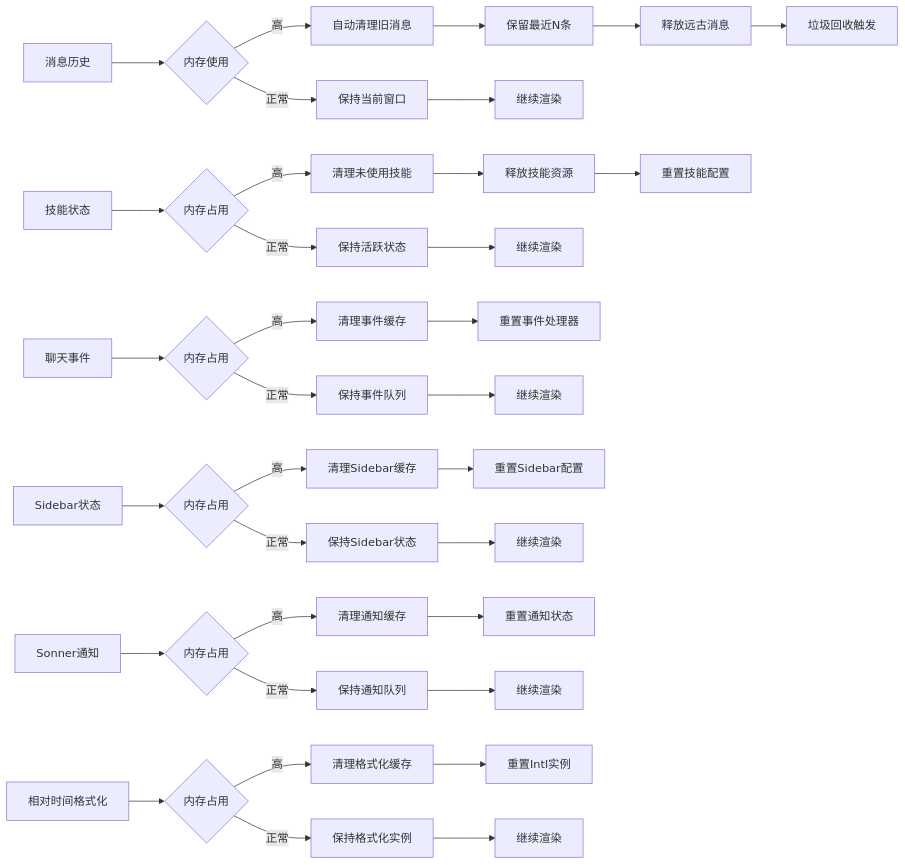
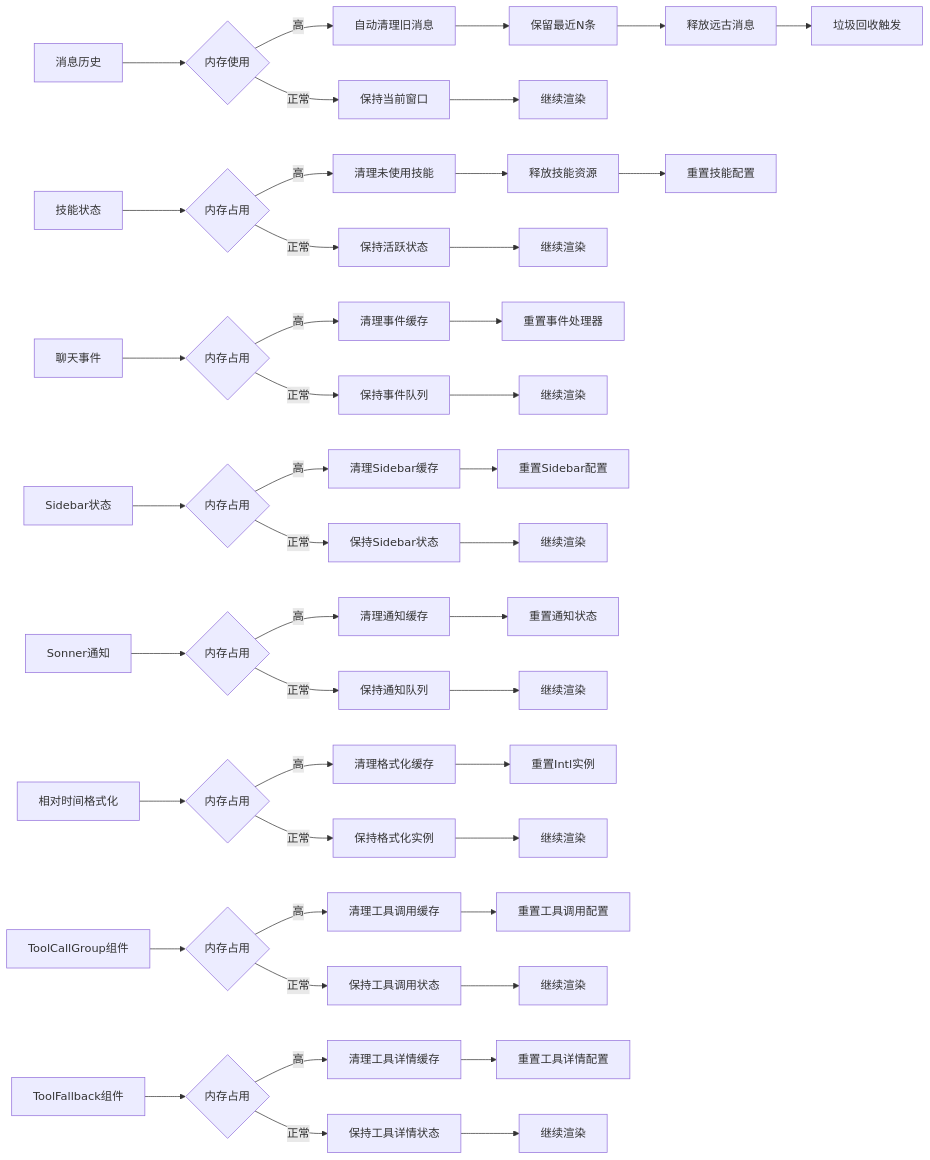
Before and after one commit to verse-ai-org/openclaw: diagram 34 of 35 in .qoder/repowiki/zh/content/Web界面/UI组件系统/UI组件系统.md, drawn with Mermaid. The commit also changed other lines of this file and 14 other files, not shown here.

````diff
--- a/.qoder/repowiki/zh/content/Web界面/UI组件系统/UI组件系统.md
+++ b/.qoder/repowiki/zh/content/Web界面/UI组件系统/UI组件系统.md
@@ -1521,36 +1853,46 @@
 ```mermaid
 flowchart LR
 A[消息历史] --> B{内存使用}
 B --> |高| C[自动清理旧消息]
 B --> |正常| D[保持当前窗口]
 C --> E[保留最近N条]
 E --> F[释放远古消息]
 F --> G[垃圾回收触发]
 D --> H[继续渲染]
 I[技能状态] --> J{内存占用}
 J --> |高| K[清理未使用技能]
 J --> |正常| L[保持活跃状态]
 K --> M[释放技能资源]
 M --> N[重置技能配置]
 L --> O[继续渲染]
 P[聊天事件] --> Q{内存占用}
 Q --> |高| R[清理事件缓存]
 Q --> |正常| S[保持事件队列]
 R --> T[重置事件处理器]
 S --> U[继续渲染]
 V[Sidebar状态] --> W{内存占用}
 W --> |高| X[清理Sidebar缓存]
 W --> |正常| Y[保持Sidebar状态]
 X --> Z[重置Sidebar配置]
 Y --> AA[继续渲染]
 BB[Sonner通知] --> CC{内存占用}
 CC --> |高| DD[清理通知缓存]
 CC --> |正常| EE[保持通知队列]
 DD --> FF[重置通知状态]
 EE --> GG[继续渲染]
 HH[相对时间格式化] --> II{内存占用}
 II --> |高| JJ[清理格式化缓存]
 II --> |正常| KK[保持格式化实例]
 JJ --> LL[重置Intl实例]
 KK --> MM[继续渲染]
+NN[ToolCallGroup组件] --> OO{内存占用}
+OO --> |高| PP[清理工具调用缓存]
+OO --> |正常| QQ[保持工具调用状态]
+PP --> RR[重置工具调用配置]
+QQ --> SS[继续渲染]
+TT[ToolFallback组件] --> UU{内存占用}
+UU --> |高| VV[清理工具详情缓存]
+UU --> |正常| WW[保持工具详情状态]
+VV --> XX[重置工具详情配置]
+WW --> YY[继续渲染]
 ```
````
